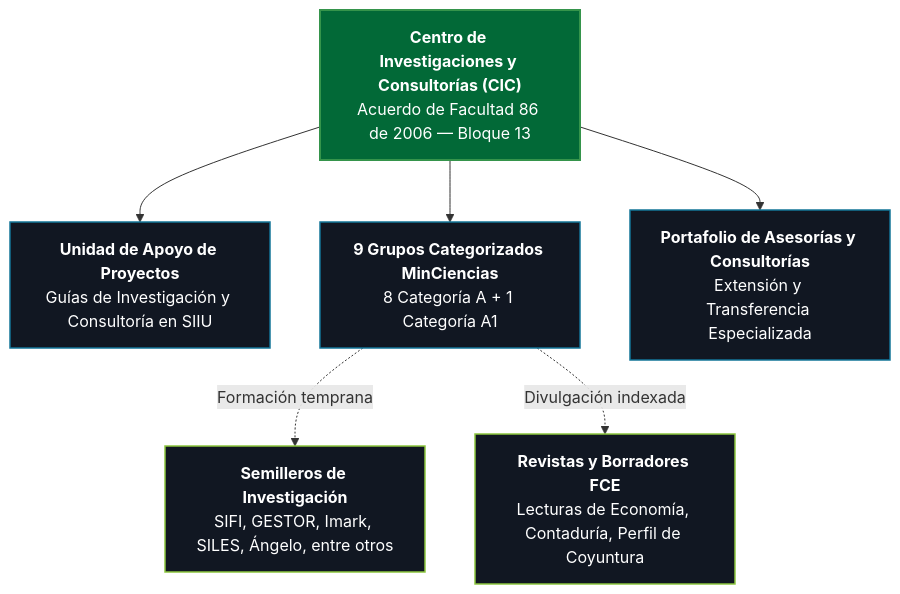
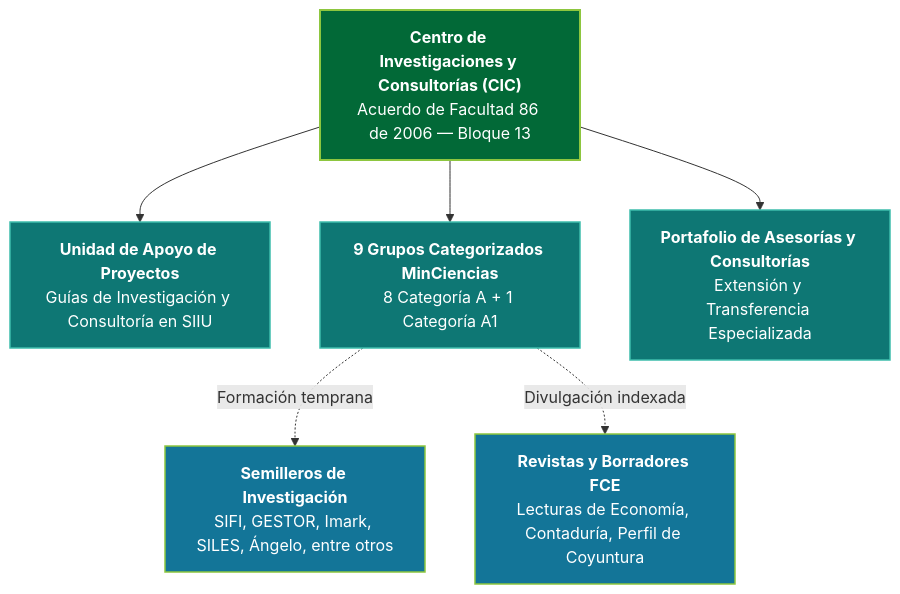
Before and after one commit to Colors-svg/Wiki: the diagram in docs/01_ROLES/Caso_Aplicado_Centro_Facultad.md, drawn with Mermaid. The commit also changed 6 other files, not shown here.

Commit message:
fix(ui,mermaid): corregir contraste de flowcharts, pulir logo UdeA y aplicar paleta institucional

````diff
--- a/docs/01_ROLES/Caso_Aplicado_Centro_Facultad.md
+++ b/docs/01_ROLES/Caso_Aplicado_Centro_Facultad.md
@@ -10,19 +10,19 @@
 ```mermaid
 flowchart TD
-    classDef centro fill:#026937,stroke:#35944B,stroke-width:2px,color:#FFFFFF;
-    classDef unidad fill:#111722,stroke:#137598,stroke-width:1.5px,color:#FFFFFF;
-    classDef prod fill:#111722,stroke:#8DC63F,stroke-width:1.5px,color:#FFFFFF;
+    classDef centro fill:#026937,stroke:#8DC63F,stroke-width:2px,color:#FFFFFF;
+    classDef unidad fill:#0E7774,stroke:#3EBDAC,stroke-width:1.5px,color:#FFFFFF;
+    classDef prod fill:#137598,stroke:#8DC63F,stroke-width:1.5px,color:#FFFFFF;
 
     CIC["<b>Centro de Investigaciones y Consultorías (CIC)</b><br/>Acuerdo de Facultad 86 de 2006 — Bloque 13"]:::centro
 
     UP["<b>Unidad de Apoyo de Proyectos</b><br/>Guías de Investigación y Consultoría en SIIU"]:::unidad
     GRUPOS["<b>9 Grupos Categorizados MinCiencias</b><br/>8 Categoría A + 1 Categoría A1"]:::unidad
     CONS["<b>Portafolio de Asesorías y Consultorías</b><br/>Extensión y Transferencia Especializada"]:::unidad
 
     CIC --> UP
     CIC --> GRUPOS
     CIC --> CONS
 
     GRUPOS -. "Formación temprana" .-> SEM["<b>Semilleros de Investigación</b><br/>SIFI, GESTOR, Imark, SILES, Ángelo, entre otros"]:::prod
     GRUPOS -. "Divulgación indexada" .-> REV["<b>Revistas y Borradores FCE</b><br/>Lecturas de Economía, Contaduría, Perfil de Coyuntura"]:::prod
 ```
````
